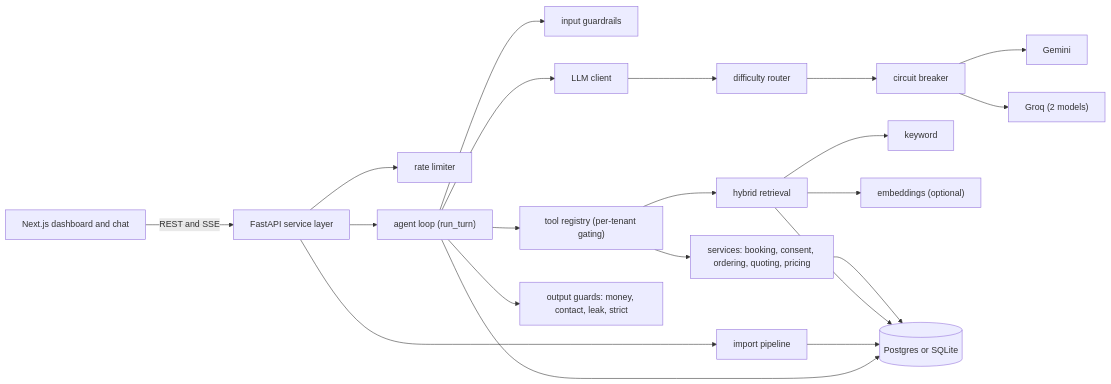
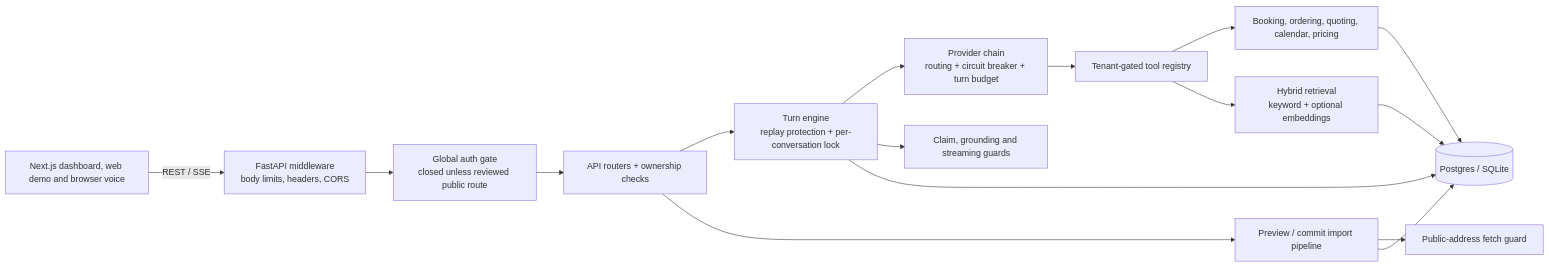
The diagram in recepto-ai-receptionist-backend/README.md (asimdaud/architecture-showcase), drawn with Mermaid before and after one commit. The commit also changed other lines of this file, not shown here.

Commit message:
Update Recepto architecture showcase

````diff
--- a/recepto-ai-receptionist-backend/README.md
+++ b/recepto-ai-receptionist-backend/README.md
@@ -21,23 +27,18 @@
 ```mermaid
 flowchart LR
-  UI["Next.js dashboard and chat"] -->|"REST and SSE"| API["FastAPI service layer"]
-  API --> RL["rate limiter"]
-  API --> CORE["agent loop (run_turn)"]
-  API --> IMP["import pipeline"]
-  CORE --> IN["input guardrails"]
-  CORE --> LLM["LLM client"]
-  LLM --> RT["difficulty router"]
-  RT --> BR["circuit breaker"]
-  BR --> P1["Gemini"]
-  BR --> P2["Groq (2 models)"]
-  CORE --> TOOLS["tool registry (per-tenant gating)"]
-  TOOLS --> SVC["services: booking, consent, ordering, quoting, pricing"]
-  TOOLS --> RET["hybrid retrieval"]
-  RET --> KW["keyword"]
-  RET --> EMB["embeddings (optional)"]
-  CORE --> OUT["output guards: money, contact, leak, strict"]
-  SVC --> DB[("Postgres or SQLite")]
+  UI["Next.js dashboard, web demo and browser voice"] -->|REST / SSE| MW["FastAPI middleware\nbody limits, headers, CORS"]
+  MW --> GATE["Global auth gate\nclosed unless reviewed public route"]
+  GATE --> API["API routers + ownership checks"]
+  API --> TURN["Turn engine\nreplay protection + per-conversation lock"]
+  API --> IMPORT["Preview / commit import pipeline"]
+  IMPORT --> NET["Public-address fetch guard"]
+  TURN --> LLM["Provider chain\nrouting + circuit breaker + turn budget"]
+  LLM --> TOOLS["Tenant-gated tool registry"]
+  TOOLS --> DOMAIN["Booking, ordering, quoting, calendar, pricing"]
+  TOOLS --> RET["Hybrid retrieval\nkeyword + optional embeddings"]
+  TURN --> GUARD["Claim, grounding and streaming guards"]
+  DOMAIN --> DB[("Postgres / SQLite")]
   RET --> DB
-  IMP --> DB
-  CORE --> DB
+  IMPORT --> DB
+  TURN --> DB
 ```
````
